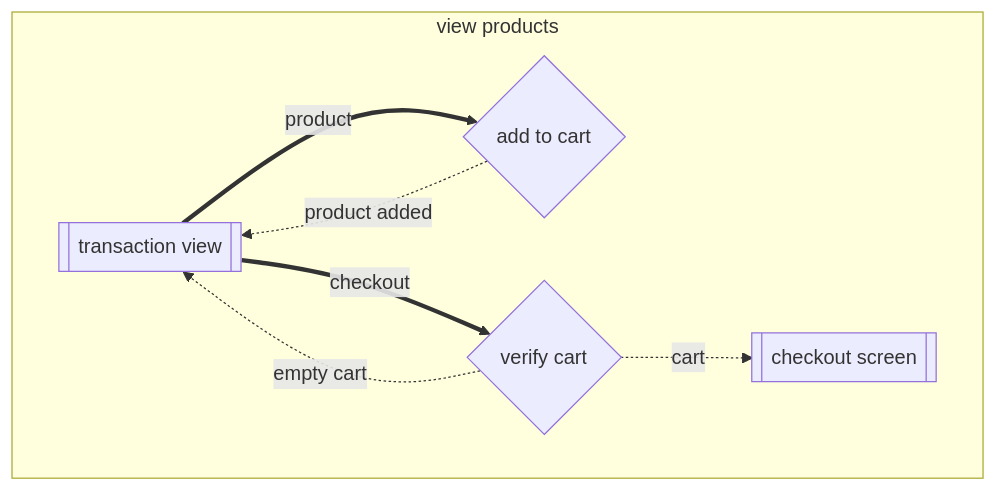
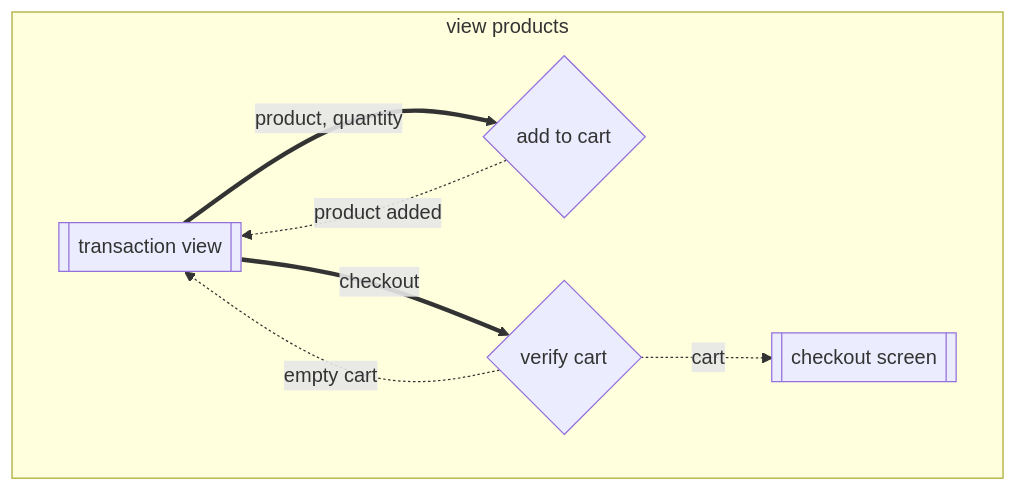
One commit to NarekVeranyan05/point_of_sale changed the second of 3 diagrams in flows.md. Above: the diagram before and after it, drawn with Mermaid. The commit also changed other lines of this file and 27 other files, not shown here.

````diff
--- a/flows.md
+++ b/flows.md
@@ -36,18 +38,18 @@
 ```mermaid
 flowchart TB
 subgraph view products
     transaction_view[[transaction view]]
     add_to_cart{add to cart}
     verify_cart{verify cart}
     checkout_screen[[checkout screen]]
 
-    transaction_view == product ==> add_to_cart
+    transaction_view == product, quantity ==> add_to_cart
     transaction_view == checkout ==> verify_cart
 
     add_to_cart -. product added .-> transaction_view
 
     verify_cart -. empty cart .-> transaction_view
     
     verify_cart -. cart .-> checkout_screen
 end
 ```
````
